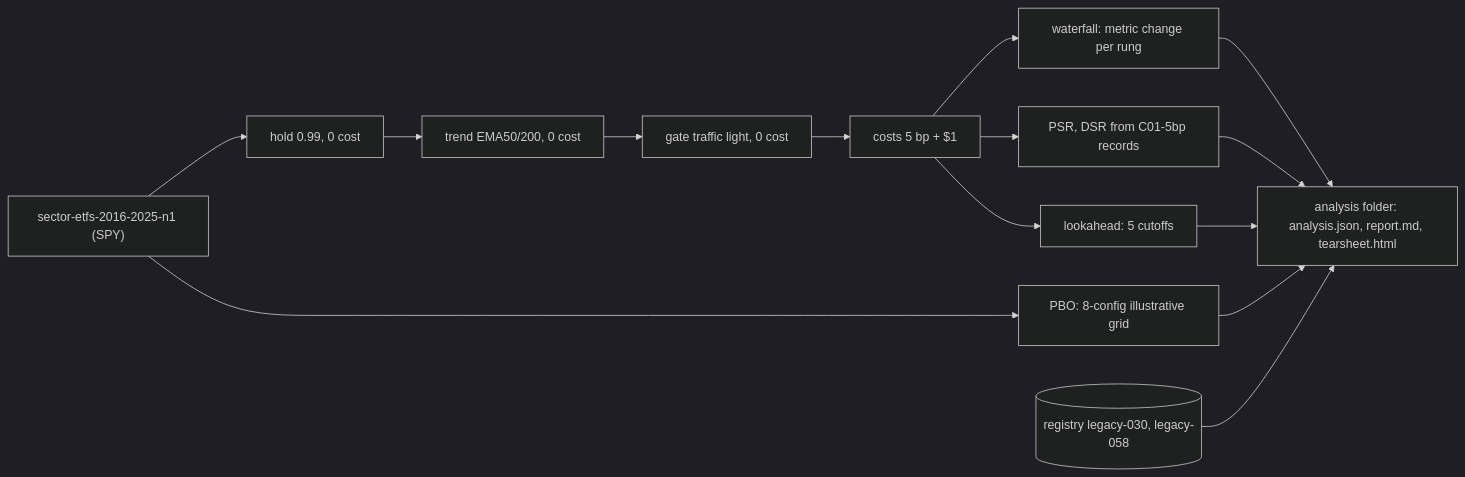
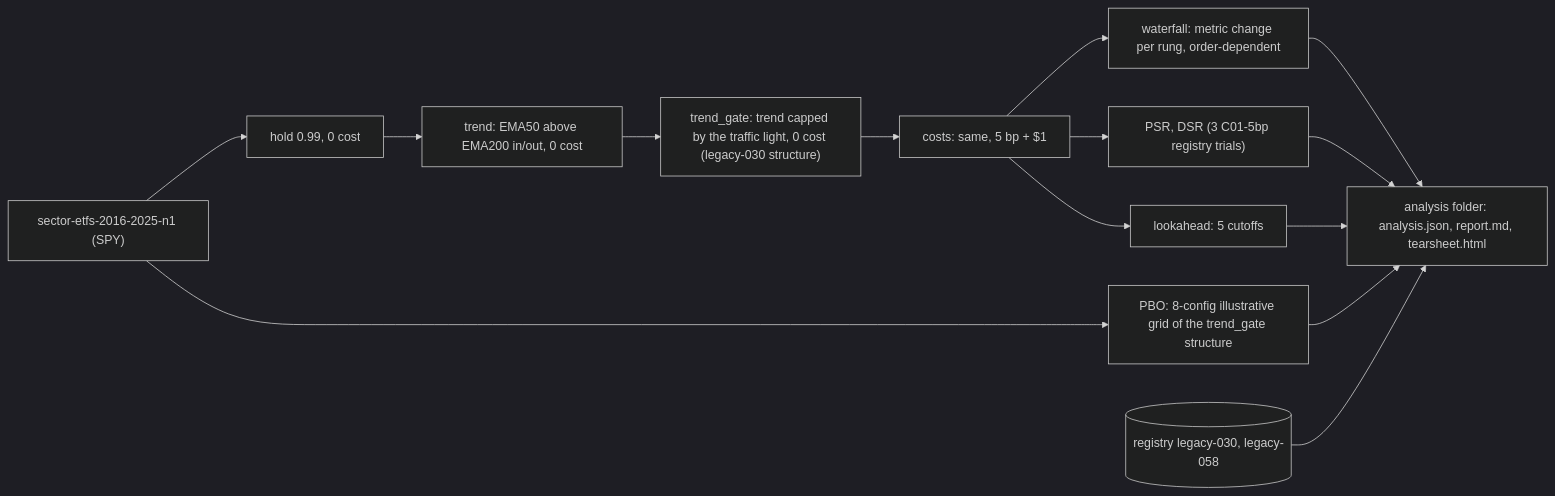
Before and after one commit to kenfuliang/quant-trading-lab: the diagram in docs/tasks/2026-11-18-incumbent-rebuild.md, drawn with Mermaid (dark theme). The commit also changed other lines of this file and 6 other files, not shown here.

````diff
--- a/docs/tasks/2026-11-18-incumbent-rebuild.md
+++ b/docs/tasks/2026-11-18-incumbent-rebuild.md
@@ -22,16 +23,16 @@
 ```mermaid
 flowchart LR
     D["sector-etfs-2016-2025-n1 (SPY)"] --> H[hold 0.99, 0 cost]
-    H --> T[trend EMA50/200, 0 cost]
-    T --> G[gate traffic light, 0 cost]
-    G --> C[costs 5 bp + $1]
-    C --> W[waterfall: metric change per rung]
-    C --> P[PSR, DSR from C01-5bp records]
-    D --> B["PBO: 8-config illustrative grid"]
+    H --> T[trend: EMA50 above EMA200 in/out, 0 cost]
+    T --> G["trend_gate: trend capped by the traffic light, 0 cost (legacy-030 structure)"]
+    G --> C[costs: same, 5 bp + $1]
+    C --> W[waterfall: metric change per rung, order-dependent]
+    C --> P["PSR, DSR (3 C01-5bp registry trials)"]
+    D --> B["PBO: 8-config illustrative grid of the trend_gate structure"]
     C --> L[lookahead: 5 cutoffs]
     W --> A["analysis folder: analysis.json, report.md, tearsheet.html"]
     P --> A
     B --> A
     L --> A
     R[(registry legacy-030, legacy-058)] --> A
 ```
````
